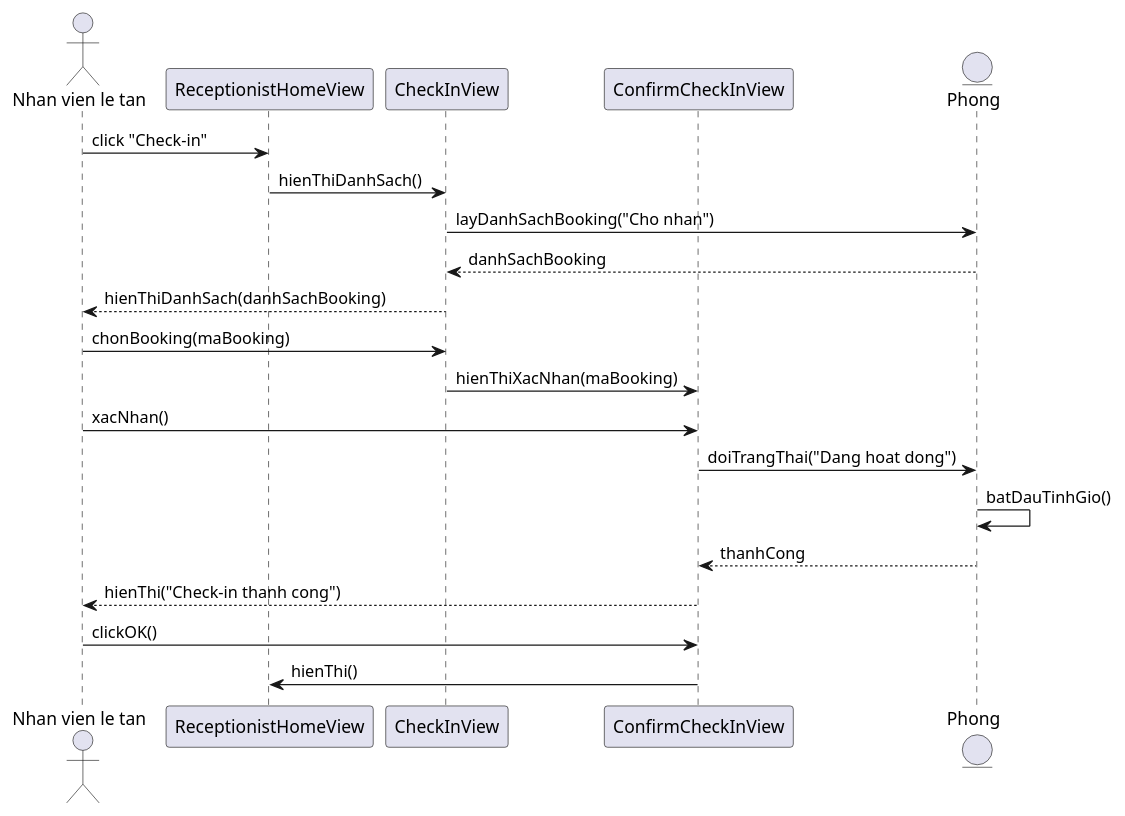
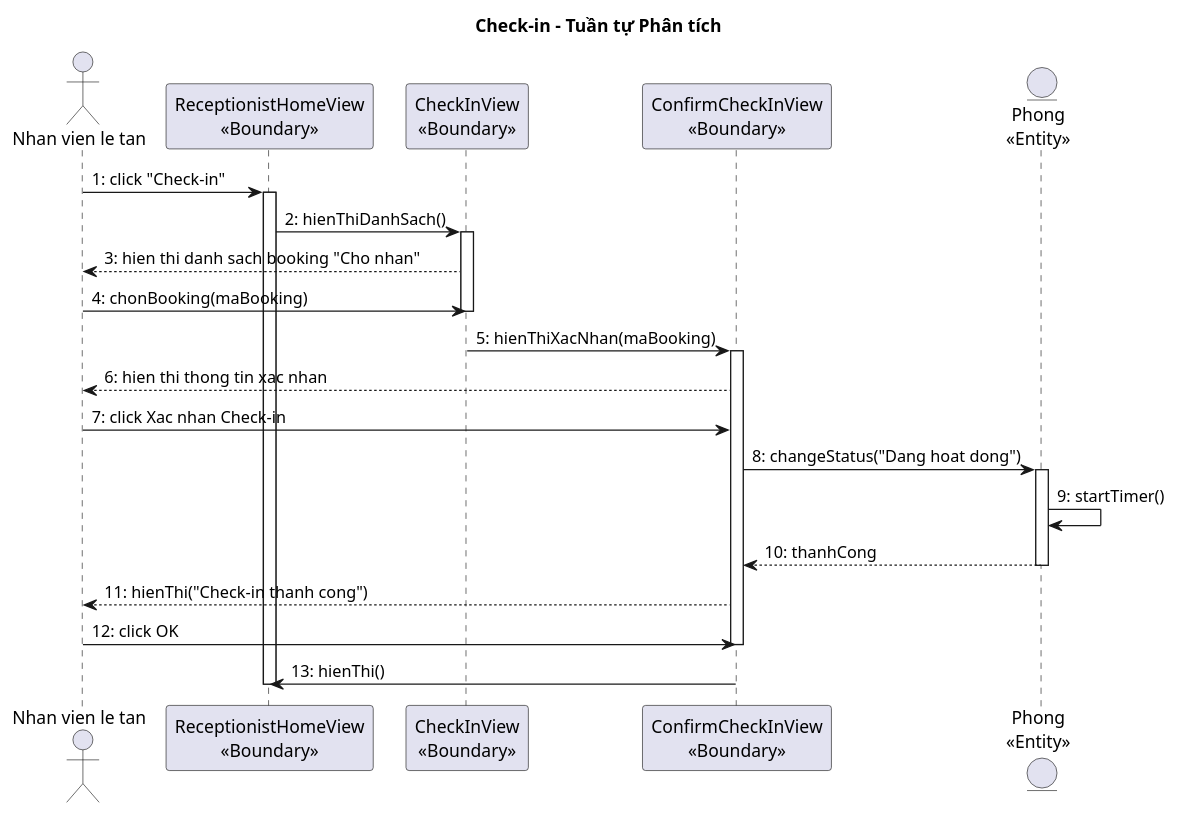
The seventh of 8 diagrams in docs/tabs/section-booking-ii.3-2.4.md (thanhtrnnn/cnpm), drawn with PlantUML before and after one commit. The commit also changed other lines of this file and 15 other files, not shown here.

First line of the commit message:
feat: add Phase II analysis BCE + sequence diagrams with narrative text

````diff
--- a/docs/tabs/section-booking-ii.3-2.4.md
+++ b/docs/tabs/section-booking-ii.3-2.4.md
@@ -353,24 +447,33 @@
 ```plantuml
 @startuml
+title Check-in – Tuần tự Phân tích
+
 actor "Nhan vien le tan" as NV
-participant "ReceptionistHomeView" as Home
-participant "CheckInView" as CheckIn
-participant "ConfirmCheckInView" as Confirm
-entity "Phong" as Phong
+participant "ReceptionistHomeView\n<<Boundary>>" as Home
+participant "CheckInView\n<<Boundary>>" as CheckIn
+participant "ConfirmCheckInView\n<<Boundary>>" as Confirm
+entity "Phong\n<<Entity>>" as Phong
 
-NV -> Home: click "Check-in"
-Home -> CheckIn: hienThiDanhSach()
-CheckIn -> Phong: layDanhSachBooking("Cho nhan")
-Phong --> CheckIn: danhSachBooking
-CheckIn --> NV: hienThiDanhSach(danhSachBooking)
-NV -> CheckIn: chonBooking(maBooking)
-CheckIn -> Confirm: hienThiXacNhan(maBooking)
-NV -> Confirm: xacNhan()
-Confirm -> Phong: doiTrangThai("Dang hoat dong")
-Phong -> Phong: batDauTinhGio()
-Phong --> Confirm: thanhCong
-Confirm --> NV: hienThi("Check-in thanh cong")
-NV -> Confirm: clickOK()
-Confirm -> Home: hienThi()
+NV -> Home : 1: click "Check-in"
+activate Home
+Home -> CheckIn : 2: hienThiDanhSach()
+activate CheckIn
+CheckIn --> NV : 3: hien thi danh sach booking "Cho nhan"
+NV -> CheckIn : 4: chonBooking(maBooking)
+deactivate CheckIn
+CheckIn -> Confirm : 5: hienThiXacNhan(maBooking)
+activate Confirm
+Confirm --> NV : 6: hien thi thong tin xac nhan
+NV -> Confirm : 7: click Xac nhan Check-in
+Confirm -> Phong : 8: changeStatus("Dang hoat dong")
+activate Phong
+Phong -> Phong : 9: startTimer()
+Phong --> Confirm : 10: thanhCong
+deactivate Phong
+Confirm --> NV : 11: hienThi("Check-in thanh cong")
+NV -> Confirm : 12: click OK
+deactivate Confirm
+Confirm -> Home : 13: hienThi()
+deactivate Home
 @enduml
 ```
````
